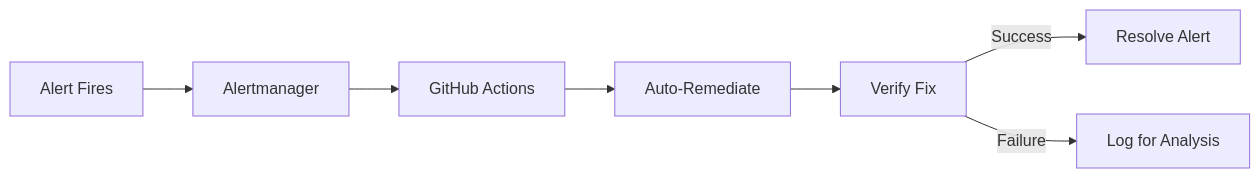
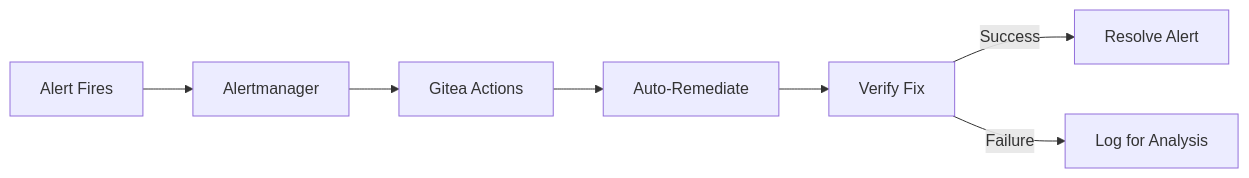
The diagram in docs/runbooks/RUNBOOK-PLATFORM.md (openova-io/handbook), drawn with Mermaid before and after one commit. The commit also changed other lines of this file and 19 other files, not shown here.

First line of the commit message:
docs: update architecture for Cilium Service Mesh and Gitea

````diff
--- a/docs/runbooks/RUNBOOK-PLATFORM.md
+++ b/docs/runbooks/RUNBOOK-PLATFORM.md
@@ -11,9 +11,9 @@
 ```mermaid
 flowchart LR
     Alert[Alert Fires] --> AM[Alertmanager]
-    AM --> GHA[GitHub Actions]
-    GHA --> Remediate[Auto-Remediate]
+    AM --> GA[Gitea Actions]
+    GA --> Remediate[Auto-Remediate]
     Remediate --> Verify[Verify Fix]
     Verify -->|Success| Resolve[Resolve Alert]
     Verify -->|Failure| Log[Log for Analysis]
 ```
````
